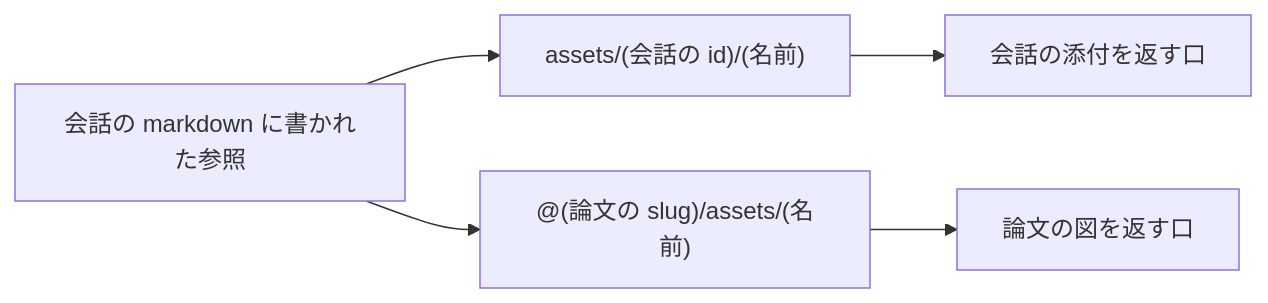
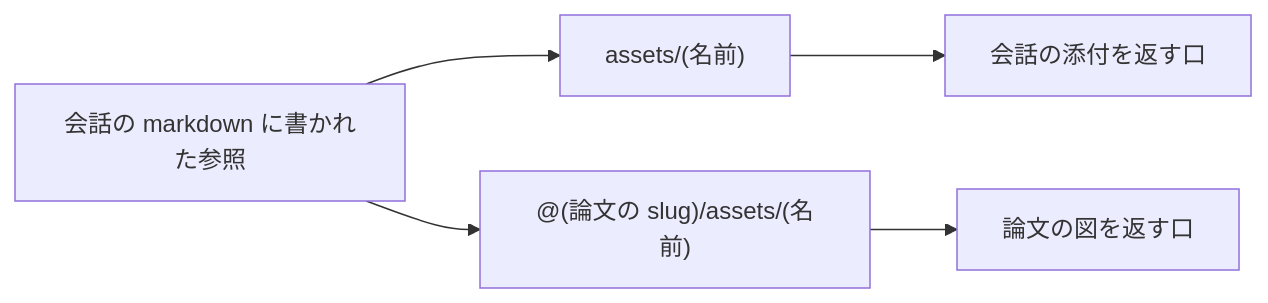
One commit to MatchaChoco010/carrel changed the diagram in docs/design/0013_chat_images.md. Above: the diagram before and after it, drawn with Mermaid. The commit also changed other lines of this file, not shown here.

Commit message:
Put each chat in its own directory with its assets

````diff
--- a/docs/design/0013_chat_images.md
+++ b/docs/design/0013_chat_images.md
@@ -74,12 +76,12 @@
 ```mermaid
 flowchart LR
   A["会話の markdown に書かれた参照"]
-  B["assets/(会話の id)/(名前)"]
+  B["assets/(名前)"]
   C["@(論文の slug)/assets/(名前)"]
   D["会話の添付を返す口"]
   E["論文の図を返す口"]
   A --> B
   A --> C
   B --> D
   C --> E
 ```
````
